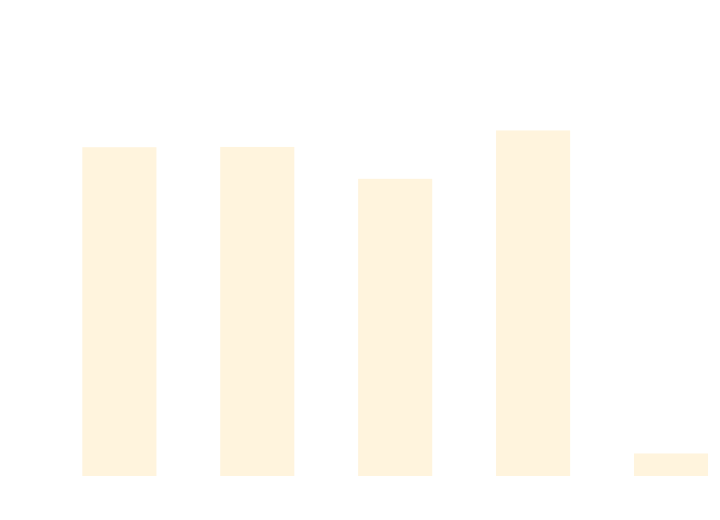
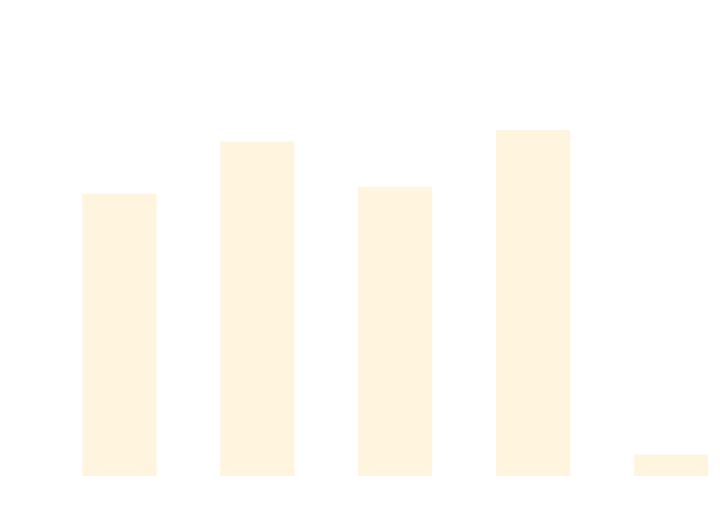
One commit to thomhurst/TUnit changed the diagram in docs/docs/benchmarks/DataDrivenTests.md. Above: the diagram before and after it, drawn with Mermaid. The commit also changed other lines of this file and 16 other files, not shown here.

````diff
--- a/docs/docs/benchmarks/DataDrivenTests.md
+++ b/docs/docs/benchmarks/DataDrivenTests.md
@@ -27,37 +27,37 @@
 ```mermaid
 %%{init: {
   'theme':'base',
   'themeVariables': {
     'primaryColor': '#2563eb',
     'primaryTextColor': '#ffffff',
     'primaryBorderColor': '#1e40af',
     'lineColor': '#6b7280',
     'secondaryColor': '#7c3aed',
     'tertiaryColor': '#dc2626',
     'background': '#ffffff',
     'mainBkg': '#2563eb',
     'secondBkg': '#7c3aed',
     'tertiaryBkg': '#dc2626',
     'clusterBkg': '#f3f4f6',
     'edgeLabelBackground': '#ffffff',
     'tertiaryTextColor': '#1f2937',
     'pie1': '#2563eb',
     'pie2': '#7c3aed',
     'pie3': '#dc2626',
     'pie4': '#f59e0b',
     'pie5': '#10b981',
     'pie6': '#06b6d4',
     'pie7': '#ec4899',
     'pie8': '#6366f1',
     'pie9': '#84cc16',
     'pie10': '#f97316',
     'pie11': '#14b8a6',
     'pie12': '#a855f7'
   }
 }}%%
 xychart-beta
   title "DataDrivenTests Performance Comparison"
   x-axis ["TUnit", "NUnit", "MSTest", "xUnit3", "TUnit_AOT"]
-  y-axis "Time (ms)" 0 --> 697
-  bar [551.2, 551.69, 496.81, 580.05, 24.14]
+  y-axis "Time (ms)" 0 --> 679
+  bar [458.82, 546.29, 470.69, 565.78, 21.76]
 ```
````
